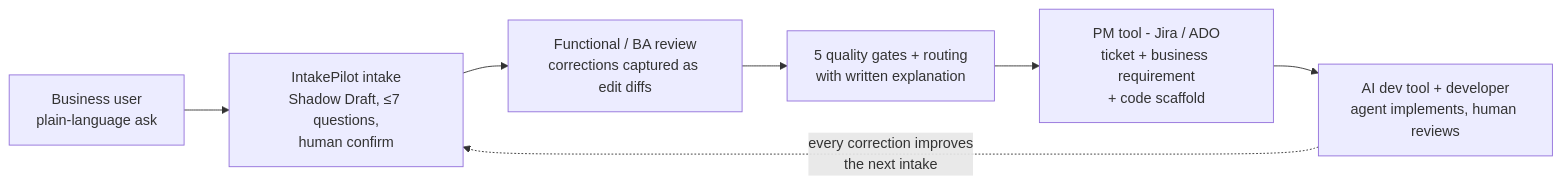
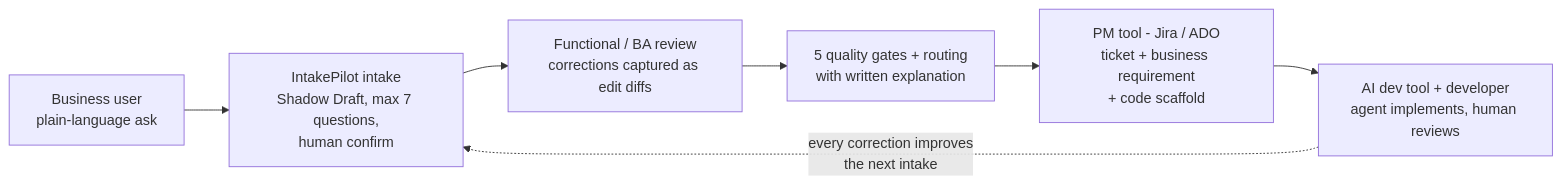
Before and after one commit to mkbhardwas12/IntakePilot: the diagram in docs/ARCHITECTURE.md, drawn with Mermaid. The commit also changed 2 other files, not shown here.

Commit message:
docs: architecture + deployment guides, diagrams, Medium/LinkedIn posts

````diff
--- a/docs/ARCHITECTURE.md
+++ b/docs/ARCHITECTURE.md
@@ -17,9 +17,9 @@
 ```mermaid
 flowchart LR
-    BU[Business user\nplain-language ask] --> IP[IntakePilot intake\nShadow Draft, ≤7 questions,\nhuman confirm]
-    IP --> FR[Functional / BA review\ncorrections captured as edit diffs]
-    FR --> G[5 quality gates + routing\nwith written explanation]
-    G --> PM[PM tool - Jira / ADO\nticket + business requirement\n+ code scaffold]
-    PM --> DEV[AI dev tool + developer\nagent implements, human reviews]
-    DEV -. every correction improves\nthe next intake .-> IP
+    BU["Business user<br/>plain-language ask"] --> IP["IntakePilot intake<br/>Shadow Draft, max 7 questions,<br/>human confirm"]
+    IP --> FR["Functional / BA review<br/>corrections captured as edit diffs"]
+    FR --> G["5 quality gates + routing<br/>with written explanation"]
+    G --> PM["PM tool - Jira / ADO<br/>ticket + business requirement<br/>+ code scaffold"]
+    PM --> DEV["AI dev tool + developer<br/>agent implements, human reviews"]
+    DEV -. "every correction improves<br/>the next intake" .-> IP
 ```
````
